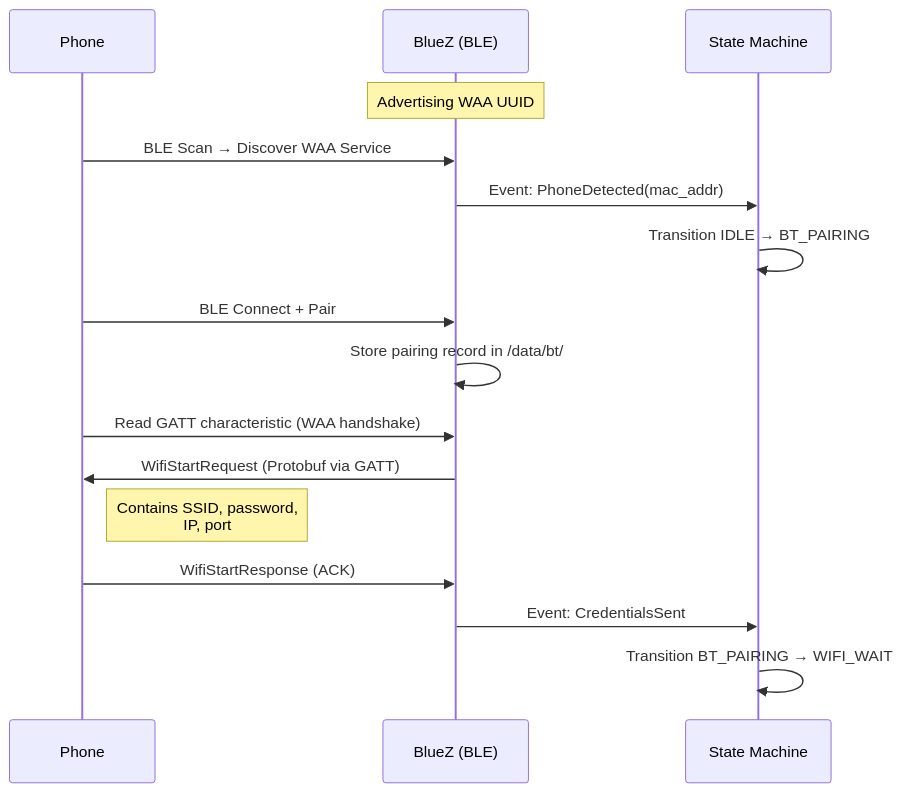
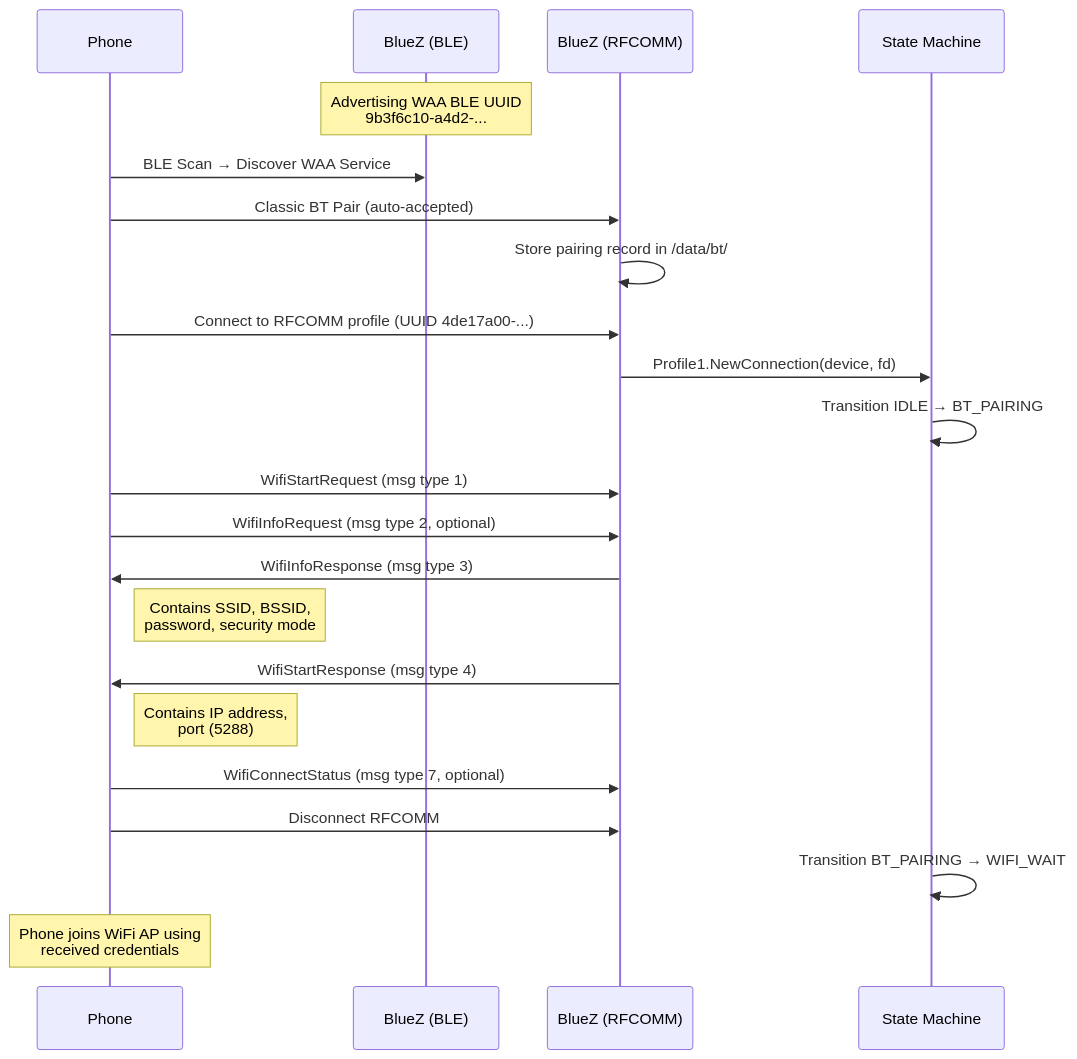
The first of 2 diagrams in docs/ICD.md (AndrewGraydon/PiAuto), drawn with Mermaid before and after one commit. The commit also changed other lines of this file and 12 other files, not shown here.

First line of the commit message:
Implement full WAA pipeline: BLE→WiFi→OpenAuto projection with audio

````diff
--- a/docs/ICD.md
+++ b/docs/ICD.md
@@ -90,22 +103,30 @@
 ```mermaid
 sequenceDiagram
     participant Phone
-    participant BlueZ as BlueZ (BLE)
+    participant BLE as BlueZ (BLE)
+    participant RFCOMM as BlueZ (RFCOMM)
     participant SM as State Machine
 
-    Note over BlueZ: Advertising WAA UUID
-    Phone->>BlueZ: BLE Scan → Discover WAA Service
-    BlueZ->>SM: Event: PhoneDetected(mac_addr)
+    Note over BLE: Advertising WAA BLE UUID<br/>9b3f6c10-a4d2-...
+
+    Phone->>BLE: BLE Scan → Discover WAA Service
+    Phone->>RFCOMM: Classic BT Pair (auto-accepted)
+    RFCOMM->>RFCOMM: Store pairing record in /data/bt/
+
+    Phone->>RFCOMM: Connect to RFCOMM profile (UUID 4de17a00-...)
+    RFCOMM->>SM: Profile1.NewConnection(device, fd)
     SM->>SM: Transition IDLE → BT_PAIRING
 
-    Phone->>BlueZ: BLE Connect + Pair
-    BlueZ->>BlueZ: Store pairing record in /data/bt/
+    Phone->>RFCOMM: WifiStartRequest (msg type 1)
+    Phone->>RFCOMM: WifiInfoRequest (msg type 2, optional)
+    RFCOMM->>Phone: WifiInfoResponse (msg type 3)
+    Note right of Phone: Contains SSID, BSSID,<br/>password, security mode
+    RFCOMM->>Phone: WifiStartResponse (msg type 4)
+    Note right of Phone: Contains IP address,<br/>port (5288)
 
-    Phone->>BlueZ: Read GATT characteristic (WAA handshake)
-    BlueZ->>Phone: WifiStartRequest (Protobuf via GATT)
-    Note right of Phone: Contains SSID, password,<br/>IP, port
+    Phone->>RFCOMM: WifiConnectStatus (msg type 7, optional)
+    Phone->>RFCOMM: Disconnect RFCOMM
 
-    Phone->>BlueZ: WifiStartResponse (ACK)
-    BlueZ->>SM: Event: CredentialsSent
     SM->>SM: Transition BT_PAIRING → WIFI_WAIT
+    Note over Phone: Phone joins WiFi AP using<br/>received credentials
 ```
````
